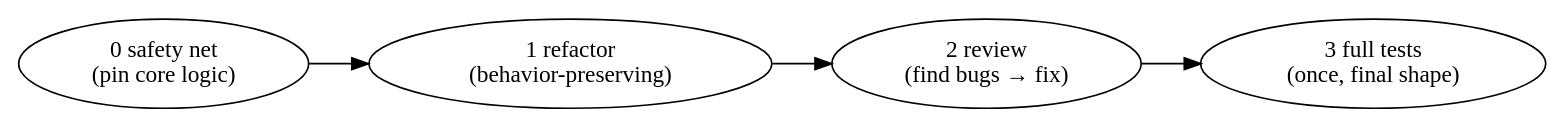
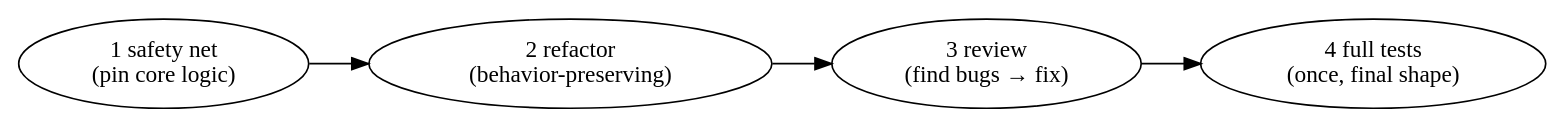
Before and after one commit to 0xkubik/ccharness: the diagram in plugins/cc-funnel/skills/refactor-review-test/SKILL.md, drawn with Graphviz. The commit also changed other lines of this file and 4 other files, not shown here.

First line of the commit message:
feat(cc-funnel): dedicated codebase-study step in do + refactor-review-test

````diff
--- a/plugins/cc-funnel/skills/refactor-review-test/SKILL.md
+++ b/plugins/cc-funnel/skills/refactor-review-test/SKILL.md
@@ -45,10 +45,10 @@
 ```dot
 digraph order {
   rankdir=LR;
-  net   [label="0 safety net\n(pin core logic)"];
-  refac [label="1 refactor\n(behavior-preserving)"];
-  rev   [label="2 review\n(find bugs → fix)"];
-  test  [label="3 full tests\n(once, final shape)"];
+  net   [label="1 safety net\n(pin core logic)"];
+  refac [label="2 refactor\n(behavior-preserving)"];
+  rev   [label="3 review\n(find bugs → fix)"];
+  test  [label="4 full tests\n(once, final shape)"];
   net -> refac -> rev -> test;
 }
 ```
````
